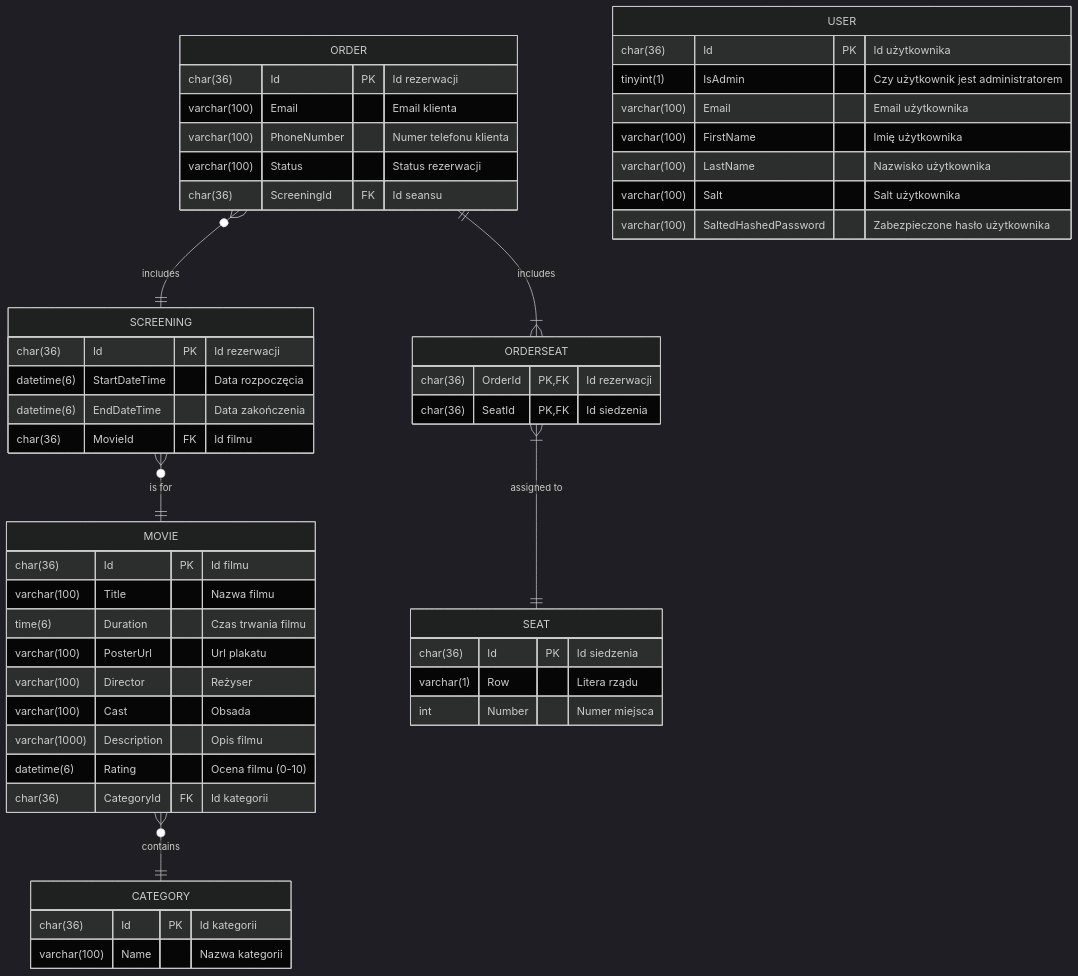
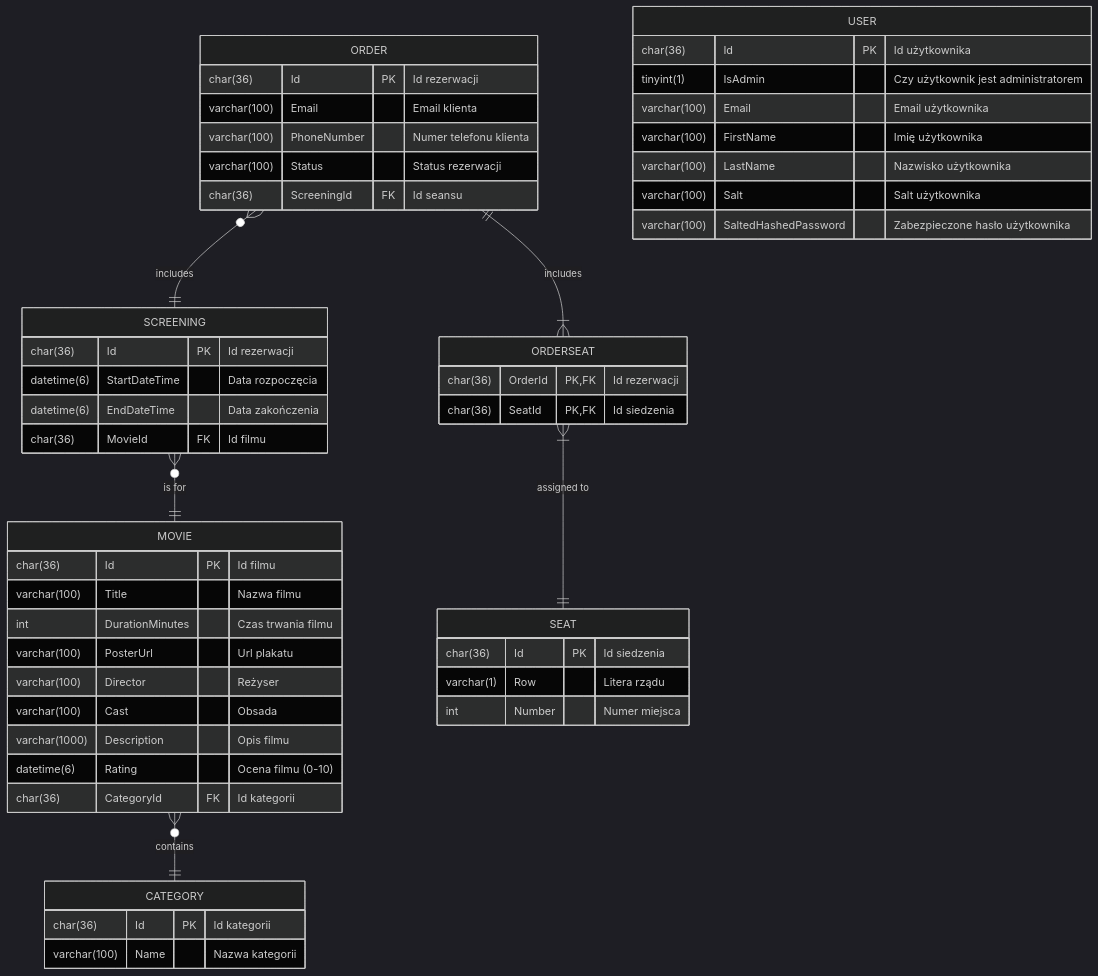
Before and after one commit to NorbertKaczmarek/cinema: the diagram in README.md, drawn with Mermaid (dark theme). The commit also changed other lines of this file, not shown here.

Commit message:
README update

````diff
--- a/README.md
+++ b/README.md
@@ -13,62 +15,62 @@
 ```mermaid
 erDiagram
     ORDER       }o--||  SCREENING   : "includes"
     SCREENING   }o--||  MOVIE       : "is for"
     MOVIE       }o--||  CATEGORY    : "contains"
     
     ORDER       ||--|{  ORDERSEAT   : "includes"
     ORDERSEAT   }|--||  SEAT        : "assigned to"
 
     ORDER {
         char(36)        Id              PK  "Id rezerwacji"
         varchar(100)    Email               "Email klienta"
         varchar(100)    PhoneNumber         "Numer telefonu klienta"
         varchar(100)    Status              "Status rezerwacji"
         char(36)        ScreeningId     FK  "Id seansu"
     }
 
     SCREENING {
         char(36)        Id              PK  "Id rezerwacji"
         datetime(6)     StartDateTime       "Data rozpoczęcia"
         datetime(6)     EndDateTime         "Data zakończenia"
         char(36)        MovieId         FK  "Id filmu"
     }
     
     MOVIE {
         char(36)        Id              PK  "Id filmu"
         varchar(100)    Title               "Nazwa filmu"
-        time(6)         Duration            "Czas trwania filmu"
+        int             DurationMinutes     "Czas trwania filmu"
         varchar(100)    PosterUrl           "Url plakatu"
         varchar(100)    Director            "Reżyser"
         varchar(100)    Cast                "Obsada"
         varchar(1000)   Description         "Opis filmu"
         datetime(6)     Rating              "Ocena filmu (0-10)"
         char(36)        CategoryId      FK  "Id kategorii"
     }
     
     CATEGORY {
         char(36)        Id              PK  "Id kategorii"
         varchar(100)    Name                "Nazwa kategorii"
     }
     
     SEAT {
         char(36)        Id              PK  "Id siedzenia"
         varchar(1)      Row                 "Litera rządu"
         int             Number              "Numer miejsca"
     }
     
     ORDERSEAT {
         char(36)        OrderId         PK,FK  	"Id rezerwacji"
         char(36)        SeatId          PK,FK  	"Id siedzenia"
     }
     
     USER {
         char(36)        Id              PK  	"Id użytkownika"
         tinyint(1)      IsAdmin             	"Czy użytkownik jest administratorem"
         varchar(100)    Email               	"Email użytkownika"
         varchar(100)    FirstName           	"Imię użytkownika"
         varchar(100)    LastName            	"Nazwisko użytkownika"
         varchar(100)    Salt		        	"Salt użytkownika"
         varchar(100)    SaltedHashedPassword	"Zabezpieczone hasło użytkownika"
     }
 ```
````
